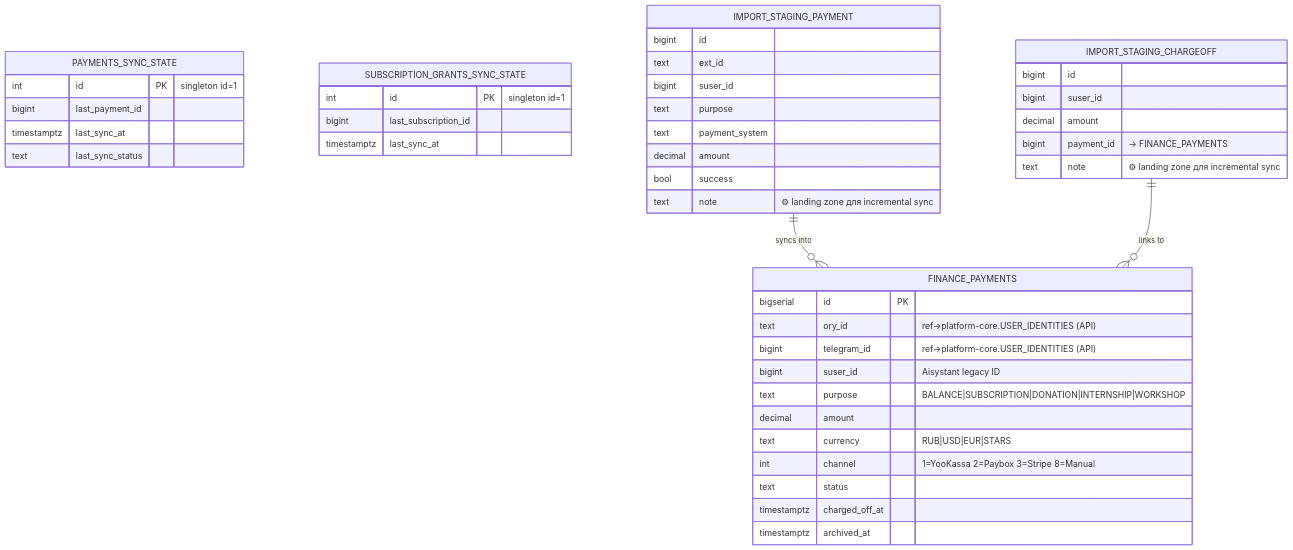
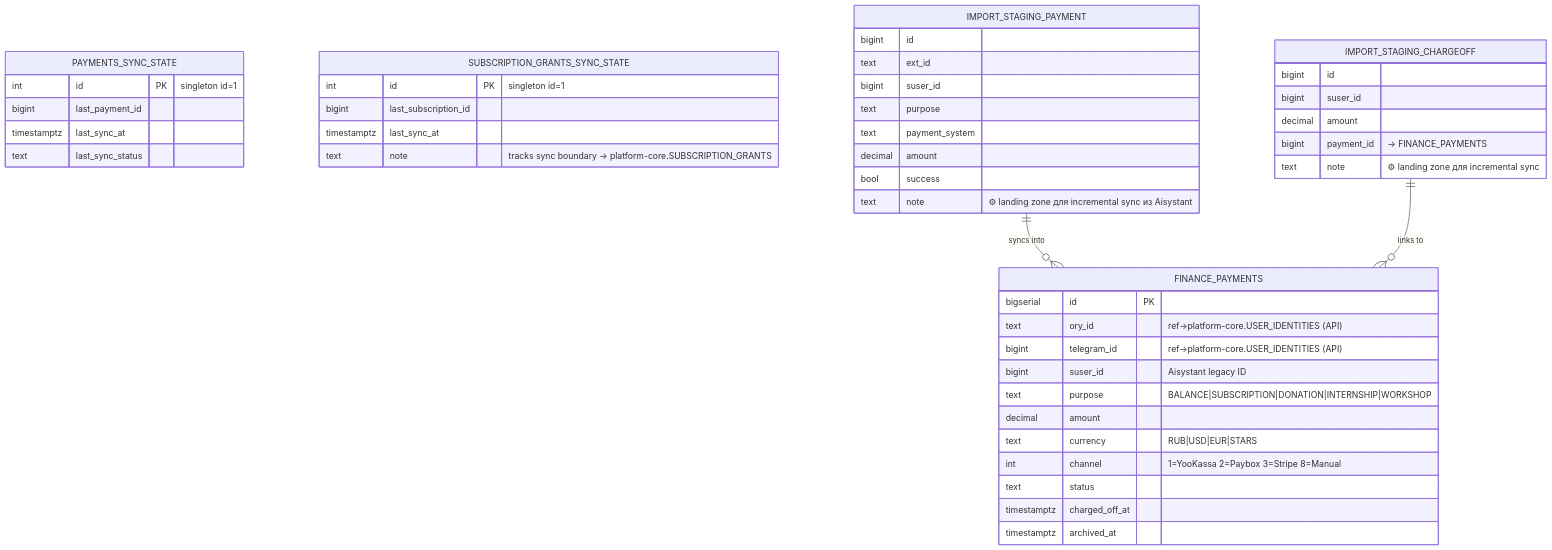
One commit to TserenTserenov/PACK-digital-platform changed the sixth of 8 diagrams in pack/digital-platform/02-domain-entities/DP.ARCH.004-neon-data-architecture.md. Above: the diagram before and after it, drawn with Mermaid. The commit also changed other lines of this file and 2 other files, not shown here.

First line of the commit message:
fix(dp.arch.004): resolve all review findings + add inter-db diagram

````diff
--- a/pack/digital-platform/02-domain-entities/DP.ARCH.004-neon-data-architecture.md
+++ b/pack/digital-platform/02-domain-entities/DP.ARCH.004-neon-data-architecture.md
@@ -366,51 +451,52 @@
 ```mermaid
 erDiagram
     FINANCE_PAYMENTS {
         bigserial   id              PK
         text        ory_id          "ref→platform-core.USER_IDENTITIES (API)"
         bigint      telegram_id     "ref→platform-core.USER_IDENTITIES (API)"
         bigint      suser_id        "Aisystant legacy ID"
         text        purpose         "BALANCE|SUBSCRIPTION|DONATION|INTERNSHIP|WORKSHOP"
         decimal     amount
         text        currency        "RUB|USD|EUR|STARS"
         int         channel         "1=YooKassa 2=Paybox 3=Stripe 8=Manual"
         text        status
         timestamptz charged_off_at
         timestamptz archived_at
     }
 
     PAYMENTS_SYNC_STATE {
         int         id              PK  "singleton id=1"
         bigint      last_payment_id
         timestamptz last_sync_at
         text        last_sync_status
     }
 
     SUBSCRIPTION_GRANTS_SYNC_STATE {
         int         id              PK  "singleton id=1"
         bigint      last_subscription_id
         timestamptz last_sync_at
+        text        note            "tracks sync boundary → platform-core.SUBSCRIPTION_GRANTS"
     }
 
     IMPORT_STAGING_PAYMENT {
         bigint      id
         text        ext_id
         bigint      suser_id
         text        purpose
         text        payment_system
         decimal     amount
         bool        success
-        text        note            "⚙ landing zone для incremental sync"
+        text        note            "⚙ landing zone для incremental sync из Aisystant"
     }
 
     IMPORT_STAGING_CHARGEOFF {
         bigint      id
         bigint      suser_id
         decimal     amount
         bigint      payment_id      "→ FINANCE_PAYMENTS"
         text        note            "⚙ landing zone для incremental sync"
     }
 
     IMPORT_STAGING_PAYMENT ||--o{ FINANCE_PAYMENTS : "syncs into"
     IMPORT_STAGING_CHARGEOFF ||--o{ FINANCE_PAYMENTS : "links to"
 ```
````
